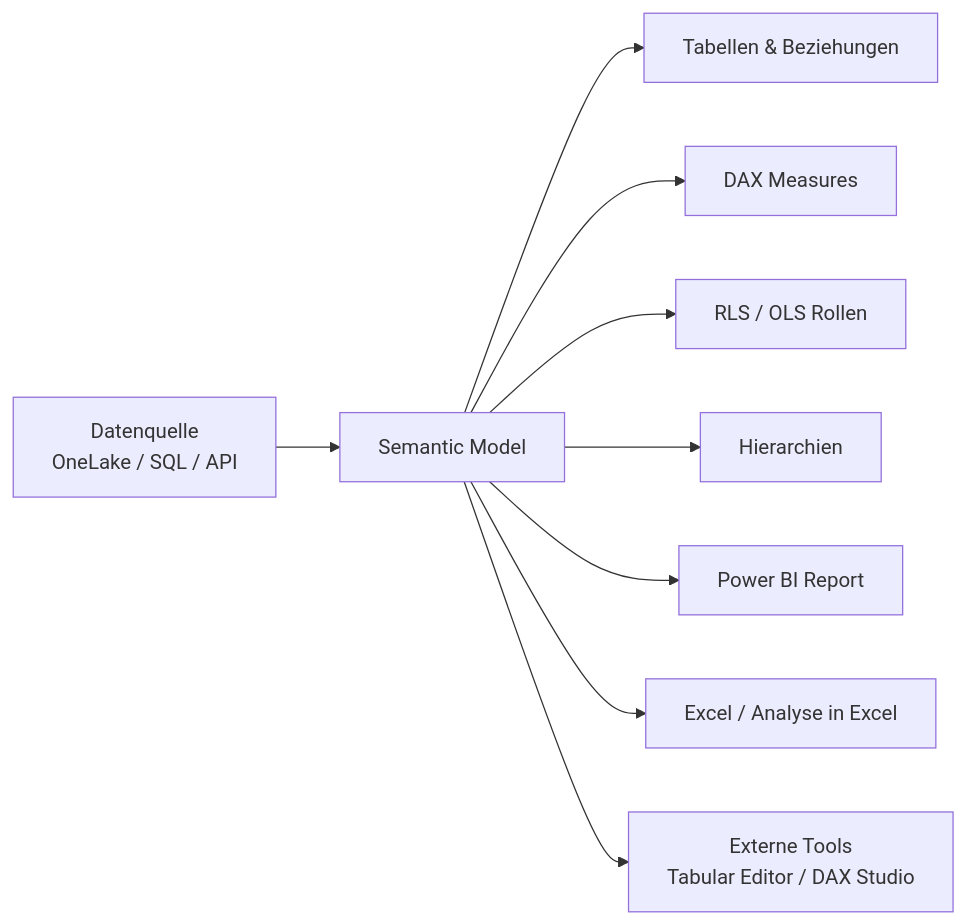
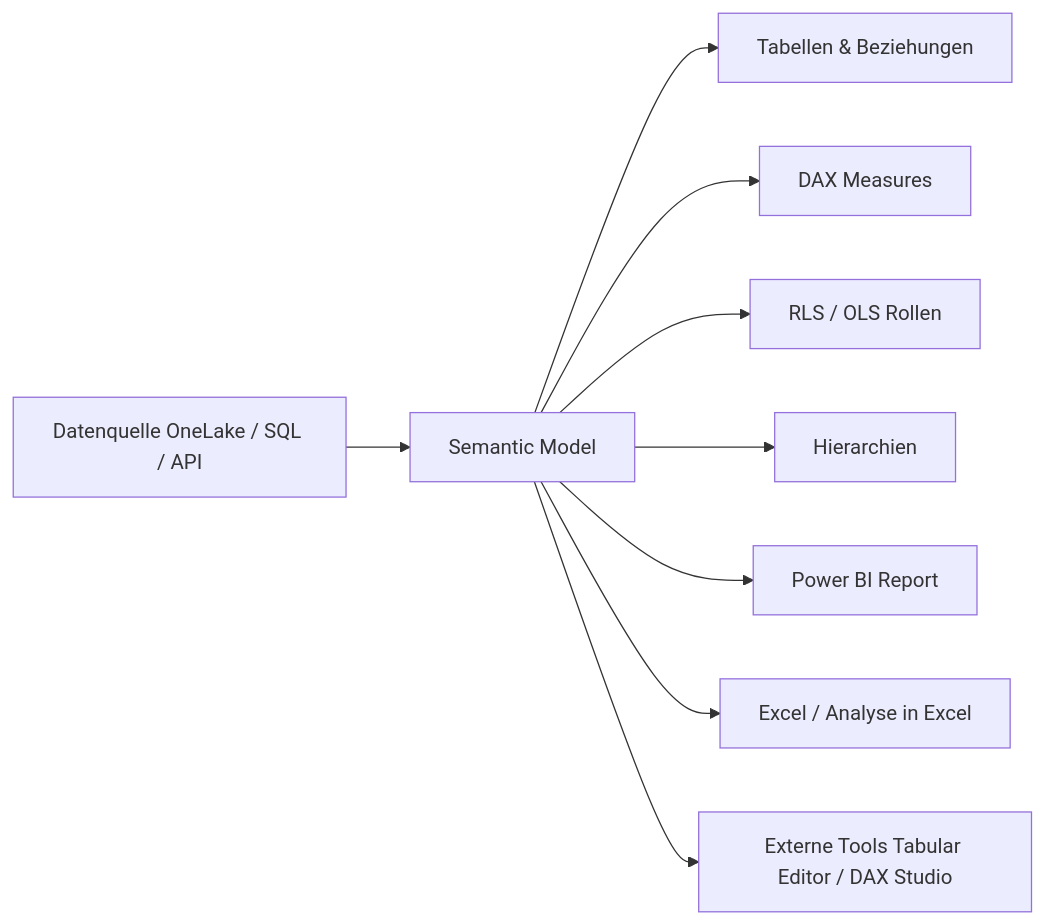
The second of 9 diagrams in Microsoft 365/Azure/Fabric/Power BI in Fabric.md (SoniiiT/notes-n-docs), drawn with Mermaid before and after one commit. The commit also changed other lines of this file and 124 other files, not shown here.

First line of the commit message:
fix: Entferne \n aus allen Mermaid-Diagrammen (125 Dateien)

````diff
--- a/Microsoft 365/Azure/Fabric/Power BI in Fabric.md
+++ b/Microsoft 365/Azure/Fabric/Power BI in Fabric.md
@@ -61,11 +61,11 @@
 ```mermaid
 graph LR
-    A[Datenquelle\nOneLake / SQL / API] --> B[Semantic Model]
+    A[Datenquelle OneLake / SQL / API] --> B[Semantic Model]
     B --> C[Tabellen & Beziehungen]
     B --> D[DAX Measures]
     B --> E[RLS / OLS Rollen]
     B --> F[Hierarchien]
     B --> G[Power BI Report]
     B --> H[Excel / Analyse in Excel]
-    B --> I[Externe Tools\nTabular Editor / DAX Studio]
+    B --> I[Externe Tools Tabular Editor / DAX Studio]
 ```
````
